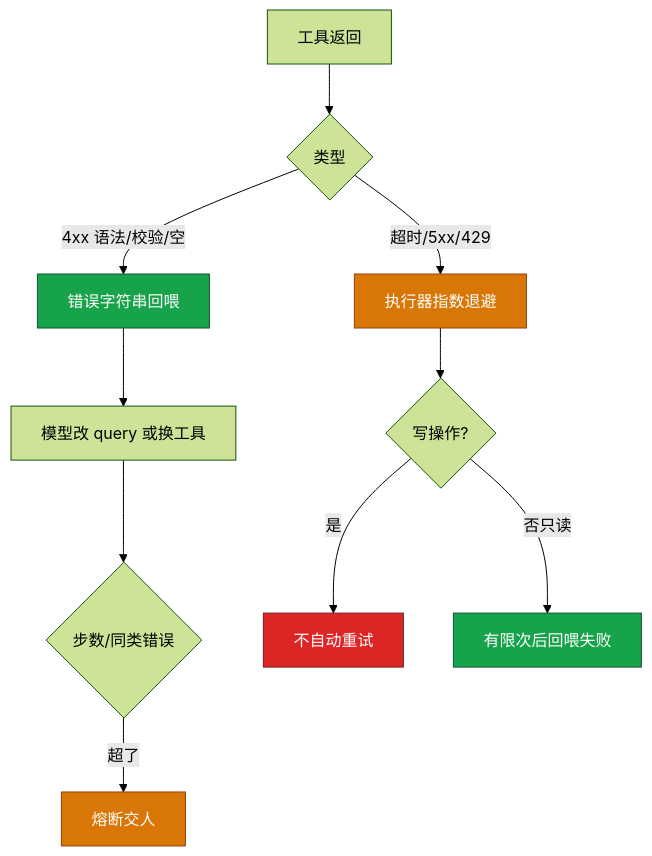
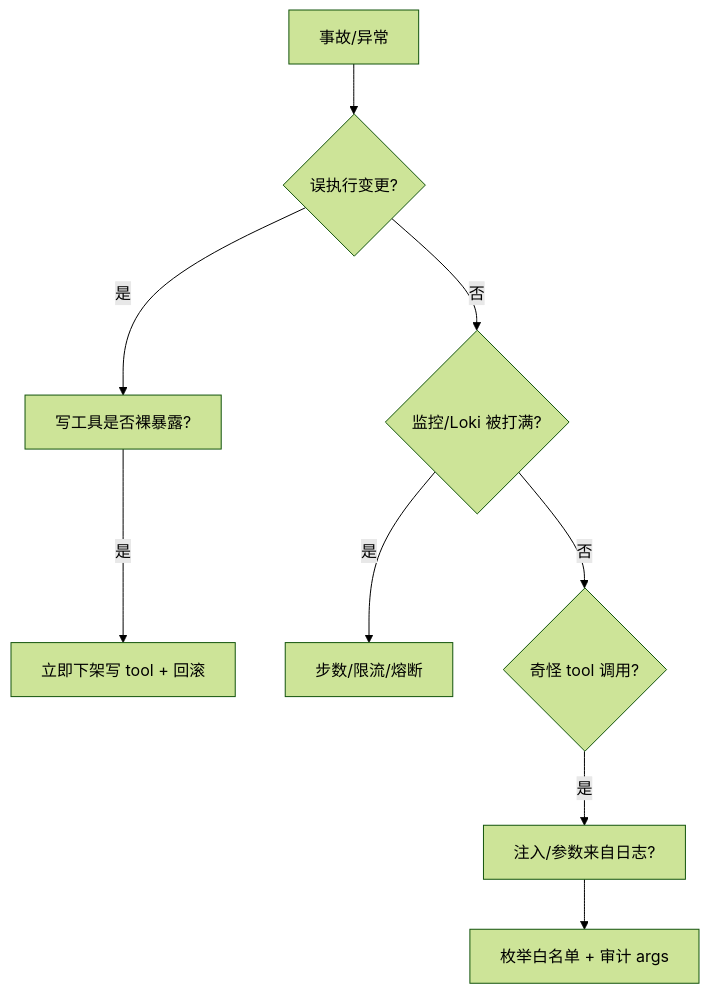
Before and after one commit to ml-cuizijun/LearnToLilith: the fourth of 4 diagrams in 08-AI与智能运维/04-Function-Calling与Tool-Use/知识点.md, drawn with Mermaid (forest theme). The commit also changed other lines of this file and 470 other files, not shown here.

````diff
--- a/08-AI与智能运维/04-Function-Calling与Tool-Use/知识点.md
+++ b/08-AI与智能运维/04-Function-Calling与Tool-Use/知识点.md
@@ -277,16 +299,11 @@
 ```mermaid
 flowchart TB
-    classDef ok fill:#16A34A,stroke:#14532D,color:#fff
-    classDef warn fill:#D97706,stroke:#92400E,color:#fff
-    classDef bad fill:#DC2626,stroke:#7F1D1D,color:#fff
-
-    A[工具返回] --> B{类型}
-    B -->|4xx 语法/校验/空| C[错误字符串回喂]:::ok
-    C --> D[模型改 query 或换工具]
-    D --> E{步数/同类错误}
-    E -->|超了| F[熔断交人]:::warn
-    B -->|超时/5xx/429| G[执行器指数退避]:::warn
-    G --> H{写操作?}
-    H -->|是| I[不自动重试]:::bad
-    H -->|否只读| J[有限次后回喂失败]:::ok
+    A[事故/异常] --> B{误执行变更?}
+    B -->|是| C[写工具是否裸暴露?]
+    C -->|是| D[立即下架写 tool + 回滚]
+    B -->|否| E{监控/Loki 被打满?}
+    E -->|是| F[步数/限流/熔断]
+    E -->|否| G{奇怪 tool 调用?}
+    G -->|是| H[注入/参数来自日志?]
+    H --> I[枚举白名单 + 审计 args]
 ```
````
